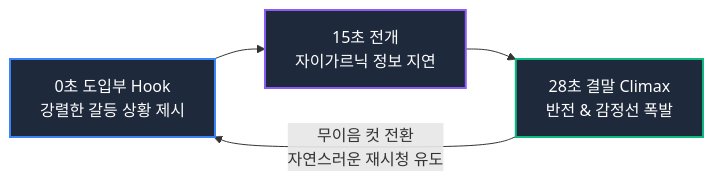
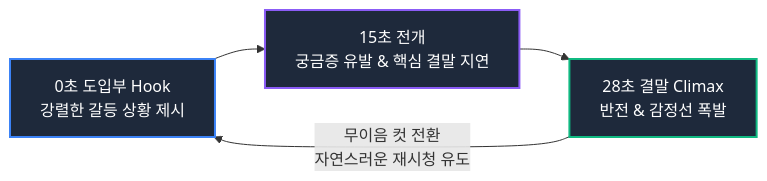
The diagram in src/content/blog/2026-09-01-youtube-shorts-channel-revival-retention-strategy.md (pandragun-sudo/Lumen-blog), drawn with Mermaid before and after one commit. The commit also changed 4 other files, not shown here.

````diff
--- a/src/content/blog/2026-09-01-youtube-shorts-channel-revival-retention-strategy.md
+++ b/src/content/blog/2026-09-01-youtube-shorts-channel-revival-retention-strategy.md
@@ -90,10 +90,10 @@
 ```mermaid
 flowchart LR
-    A["0초 도입부 Hook<br/>강렬한 갈등 상황 제시"] --> B["15초 전개<br/>자이가르닉 정보 지연"]
+    A["0초 도입부 Hook<br/>강렬한 갈등 상황 제시"] --> B["15초 전개<br/>궁금증 유발 & 핵심 결말 지연"]
     B --> C["28초 결말 Climax<br/>반전 & 감정선 폭발"]
     C -->|"무이음 컷 전환<br/>자연스러운 재시청 유도"| A
 
     style A fill:#1e293b,stroke:#3b82f6,stroke-width:2px,color:#fff
     style B fill:#1e293b,stroke:#8b5cf6,stroke-width:2px,color:#fff
     style C fill:#1e293b,stroke:#10b981,stroke-width:2px,color:#fff
 ```
````
